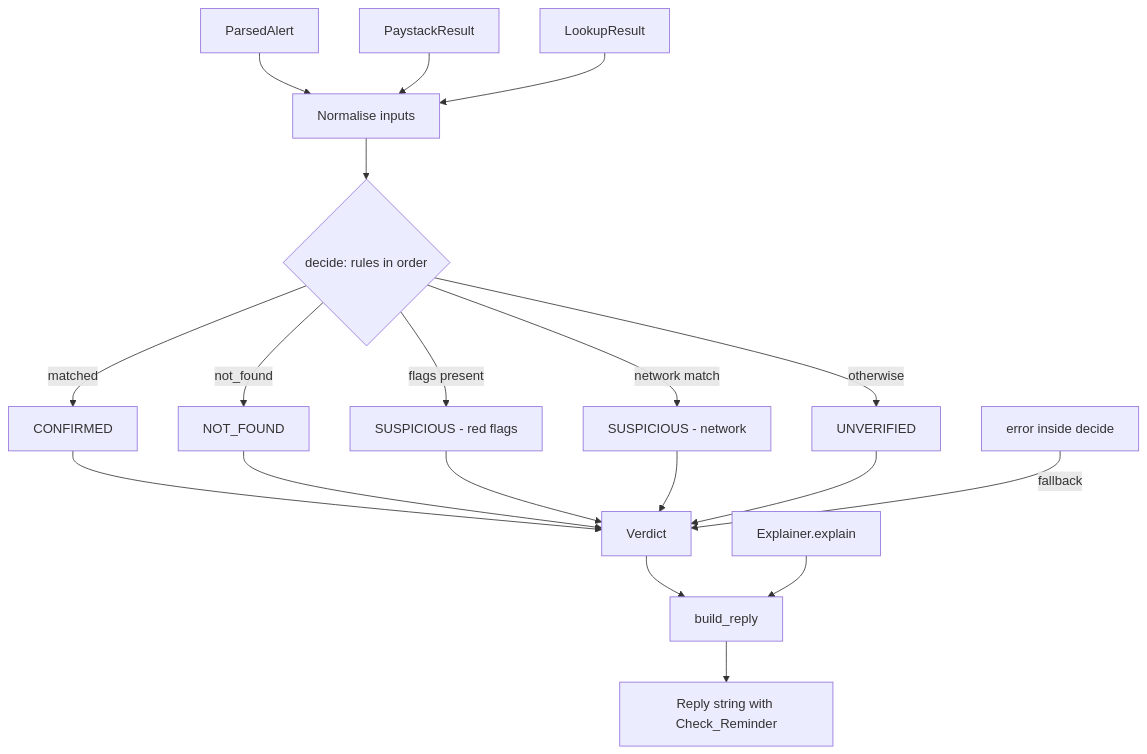
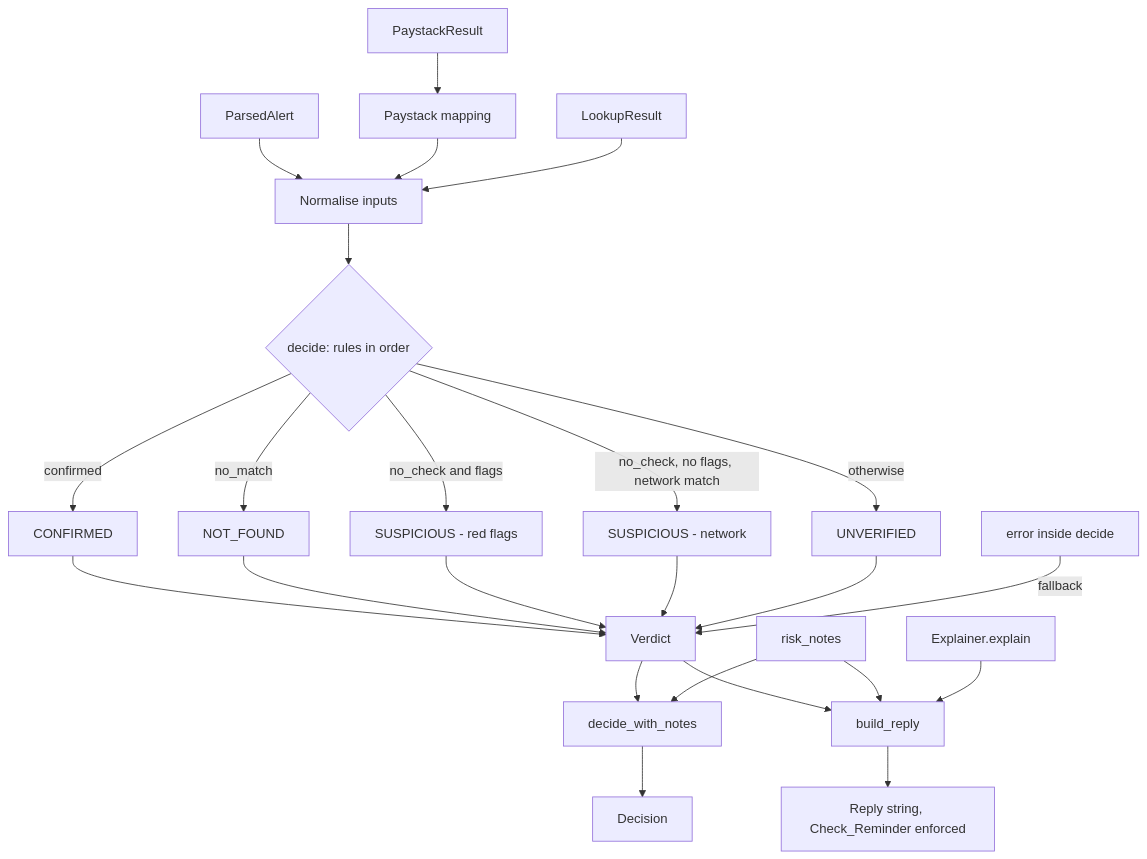
Before and after one commit to legendonthisone/ghost-credit: the diagram in .kiro/specs/verdict-engine/design.md, drawn with Mermaid. The commit also changed other lines of this file and 103 other files, not shown here.

Commit message:
Day 3: pattern network hook, verdict engine, check pipeline, agent hooks

````diff
--- a/.kiro/specs/verdict-engine/design.md
+++ b/.kiro/specs/verdict-engine/design.md
@@ -36,21 +43,26 @@
 ```mermaid
 flowchart TD
     A[ParsedAlert] --> N[Normalise inputs]
-    P[PaystackResult] --> N
+    P[PaystackResult] --> M[Paystack mapping]
+    M --> N
     L[LookupResult] --> N
     N --> D{decide: rules in order}
-    D -->|matched| C[CONFIRMED]
-    D -->|not_found| NF[NOT_FOUND]
-    D -->|flags present| S1[SUSPICIOUS - red flags]
-    D -->|network match| S2[SUSPICIOUS - network]
+    D -->|confirmed| C[CONFIRMED]
+    D -->|no_match| NF[NOT_FOUND]
+    D -->|no_check and flags| S1[SUSPICIOUS - red flags]
+    D -->|no_check, no flags, network match| S2[SUSPICIOUS - network]
     D -->|otherwise| U[UNVERIFIED]
     C --> V[Verdict]
     NF --> V
     S1 --> V
     S2 --> V
     U --> V
     X[error inside decide] -->|fallback| V
+    V --> W[decide_with_notes]
+    RN[risk_notes] --> W
+    W --> DEC[Decision]
     V --> R[build_reply]
+    RN --> R
     E[Explainer.explain] --> R
-    R --> T[Reply string with Check_Reminder]
+    R --> T[Reply string, Check_Reminder enforced]
 ```
````
